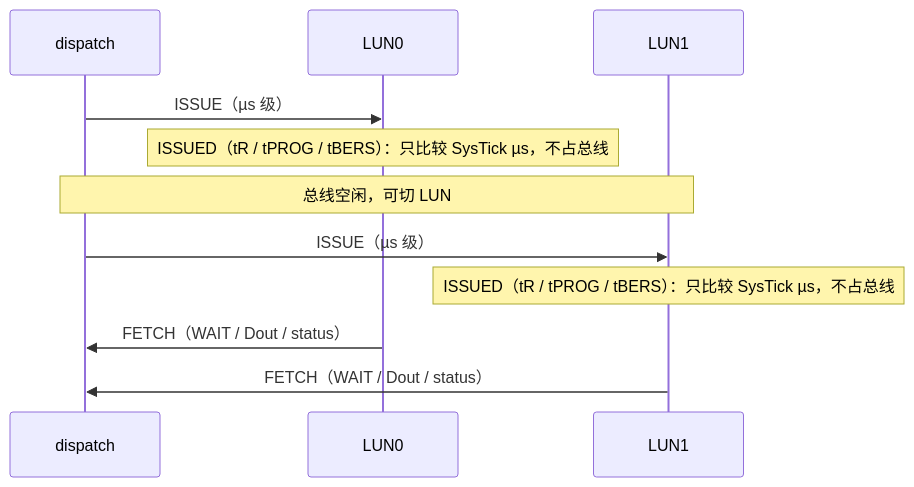
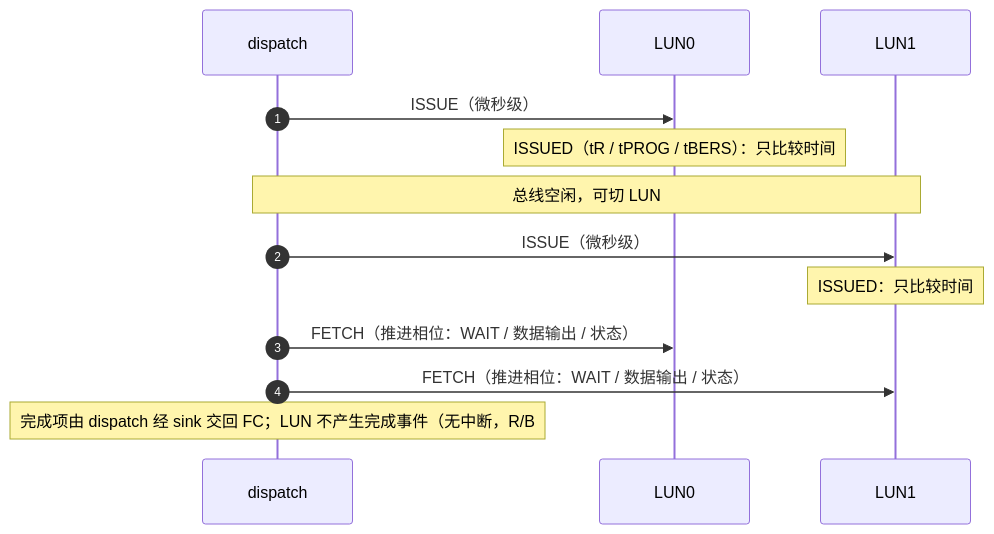
One commit to YzYMIAO/BASESSD changed diagram 11 of 20 in docs/design/fc_nand_design.md. Above: the diagram before and after it, drawn with Mermaid. The commit also changed other lines of this file, not shown here.

````diff
--- a/docs/design/fc_nand_design.md
+++ b/docs/design/fc_nand_design.md
@@ -1759,13 +2091,15 @@
 ```mermaid
 sequenceDiagram
+    autonumber
     participant D as dispatch
     participant L0 as LUN0
     participant L1 as LUN1
-    D->>L0: ISSUE（µs 级）
-    Note over L0: ISSUED（tR / tPROG / tBERS）：只比较 SysTick µs，不占总线
+    D->>L0: ISSUE（微秒级）
+    Note over L0: ISSUED（tR / tPROG / tBERS）：只比较时间
     Note over D,L1: 总线空闲，可切 LUN
-    D->>L1: ISSUE（µs 级）
-    Note over L1: ISSUED（tR / tPROG / tBERS）：只比较 SysTick µs，不占总线
-    L0->>D: FETCH（WAIT / Dout / status）
-    L1->>D: FETCH（WAIT / Dout / status）
+    D->>L1: ISSUE（微秒级）
+    Note over L1: ISSUED：只比较时间
+    D->>L0: FETCH（推进相位：WAIT / 数据输出 / 状态）
+    D->>L1: FETCH（推进相位：WAIT / 数据输出 / 状态）
+    Note over D: 完成项由 dispatch 经 sink 交回 FC；LUN 不产生完成事件（无中断，R/B# 走 GPIO 轮询）
 ```
````
